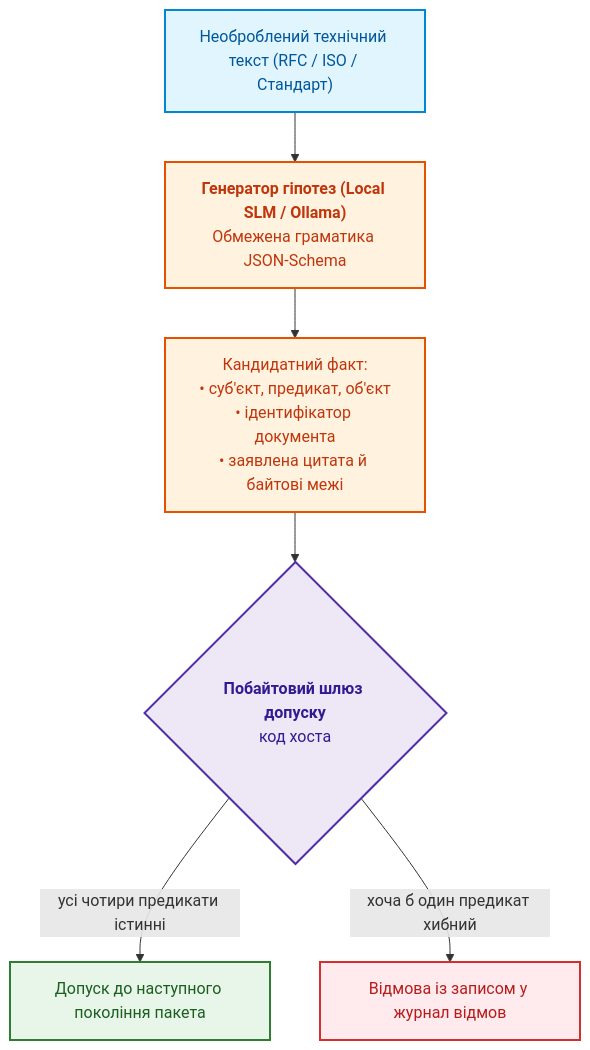
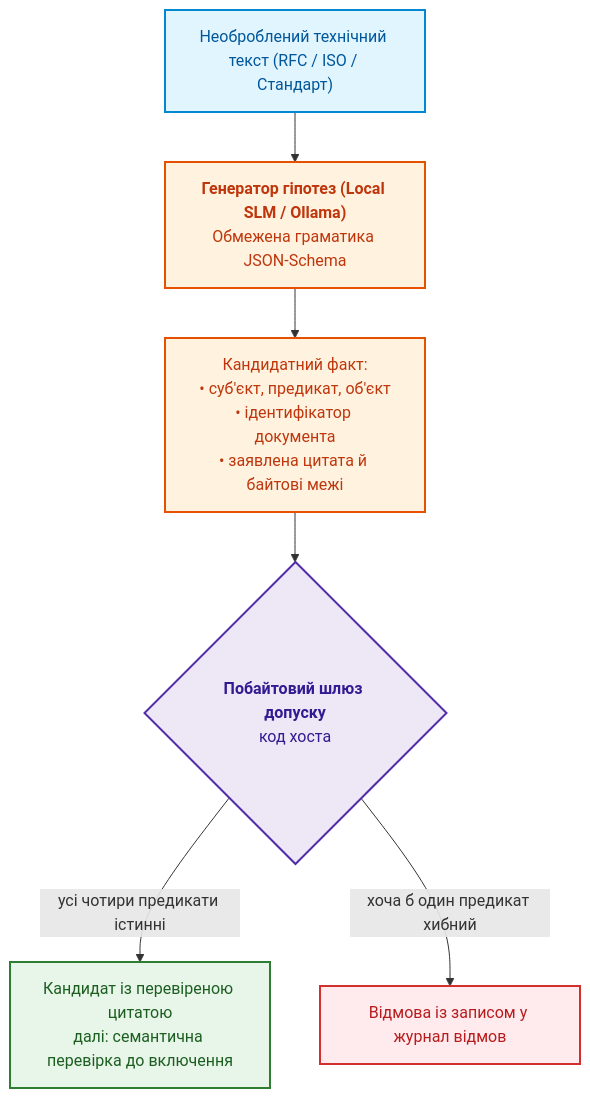
One commit to nick-fedchik/articles changed the tenth of 11 diagrams in ExpertSystem/ch32-high-performance-knowledge-packs-mmap-and-harvesting.md. Above: the diagram before and after it, drawn with Mermaid. The commit also changed other lines of this file and 8 other files, not shown here.

````diff
--- a/ExpertSystem/ch32-high-performance-knowledge-packs-mmap-and-harvesting.md
+++ b/ExpertSystem/ch32-high-performance-knowledge-packs-mmap-and-harvesting.md
@@ -1207,26 +1341,26 @@
 ```mermaid
 flowchart TD
     accTitle: Конвеєр нейро-символьного збагачення бази знань
     accDescr: Взаємодія локальної SLM та строгого побайтового шлюзу допуску.
 
     RAW_DOC["Необроблений технічний текст (RFC / ISO / Стандарт)"] --> SLM["<b>Генератор гіпотез (Local SLM / Ollama)</b><br/>Обмежена граматика JSON-Schema"]
 
     SLM --> CAND["Кандидатний факт:<br/>• суб'єкт, предикат, об'єкт<br/>• ідентифікатор документа<br/>• заявлена цитата й байтові межі"]
 
     CAND --> GATE{"<b>Побайтовий шлюз допуску</b><br/>код хоста"}
 
-    GATE -- "усі чотири предикати істинні" --> ACCEPT["Допуск до наступного покоління пакета"]
+	GATE -- "усі чотири предикати істинні" --> ACCEPT["Кандидат із перевіреною цитатою<br/>далі: семантична перевірка до включення"]
     GATE -- "хоча б один предикат хибний" --> REJECT["Відмова із записом у журнал відмов"]
 
     classDef doc fill:#e1f5fe,stroke:#0288d1,stroke-width:2px,color:#01579b;
     classDef slm fill:#fff3e0,stroke:#e65100,stroke-width:2px,color:#bf360c;
     classDef gate fill:#ede7f6,stroke:#512da8,stroke-width:2px,color:#311b92;
     classDef acc fill:#e8f5e9,stroke:#2e7d32,stroke-width:2px,color:#1b5e20;
     classDef rej fill:#ffebee,stroke:#d32f2f,stroke-width:2px,color:#b71c1c;
 
     class RAW_DOC doc;
     class SLM,CAND slm;
     class GATE gate;
     class ACCEPT acc;
     class REJECT rej;
 ```
````
